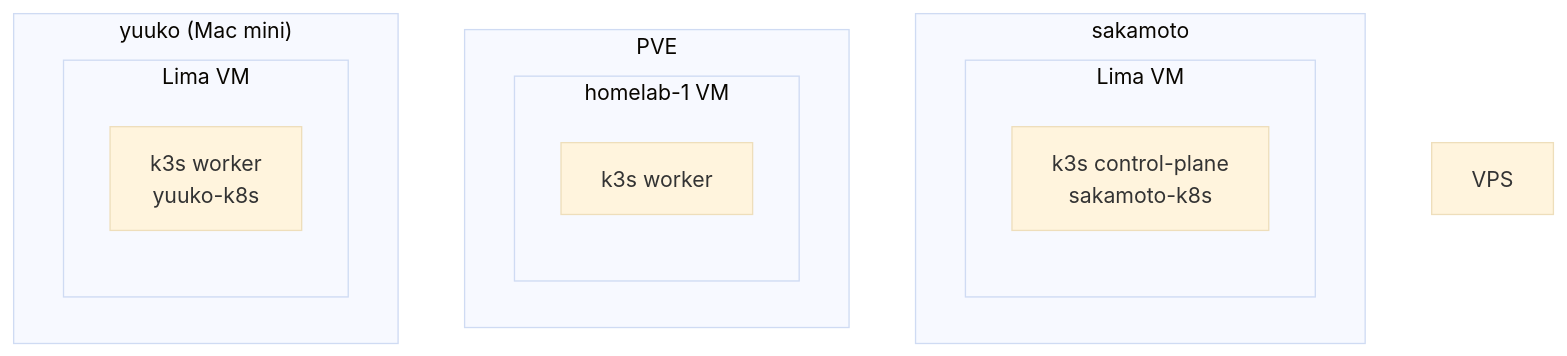
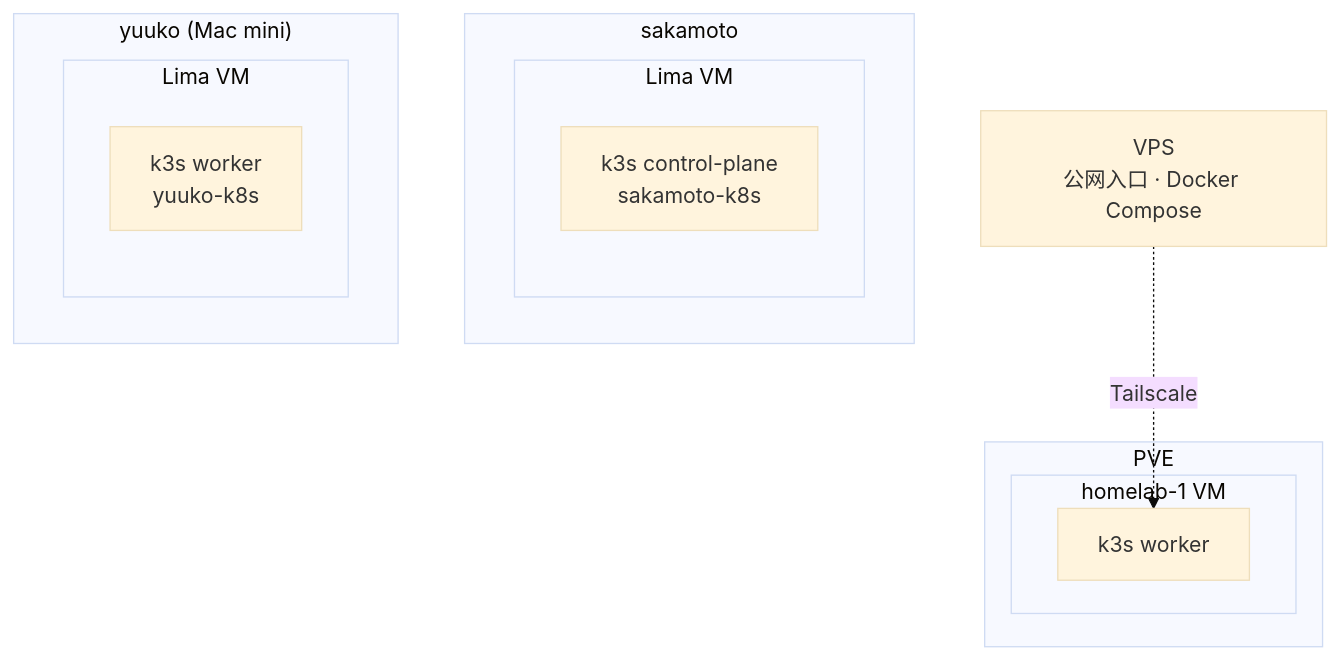
One commit to shelken/home-ops changed the first of 9 diagrams in docs/ARCHITECTURE.md. Above: the diagram before and after it, drawn with Mermaid (base theme). The commit also changed other lines of this file and 1 other file, not shown here.

````diff
--- a/docs/ARCHITECTURE.md
+++ b/docs/ARCHITECTURE.md
@@ -10,22 +12,23 @@
 ```mermaid
 graph TB
     subgraph SAKAMOTO["sakamoto"]
         subgraph LIMA["Lima VM"]
             CP["k3s control-plane<br/>sakamoto-k8s"]
         end
     end
 
     subgraph PVE["PVE"]
         subgraph PVE_VM["homelab-1 VM"]
             WORKER["k3s worker"]
         end
     end
 
     subgraph YUUKO["yuuko (Mac mini)"]
         subgraph LIMA2["Lima VM"]
             WORKER2["k3s worker<br/>yuuko-k8s"]
         end
     end
 
-    VPS["VPS"]
+    VPS["VPS<br/>公网入口 · Docker Compose"]
+    VPS -.->|"Tailscale"| WORKER
 ```
````
